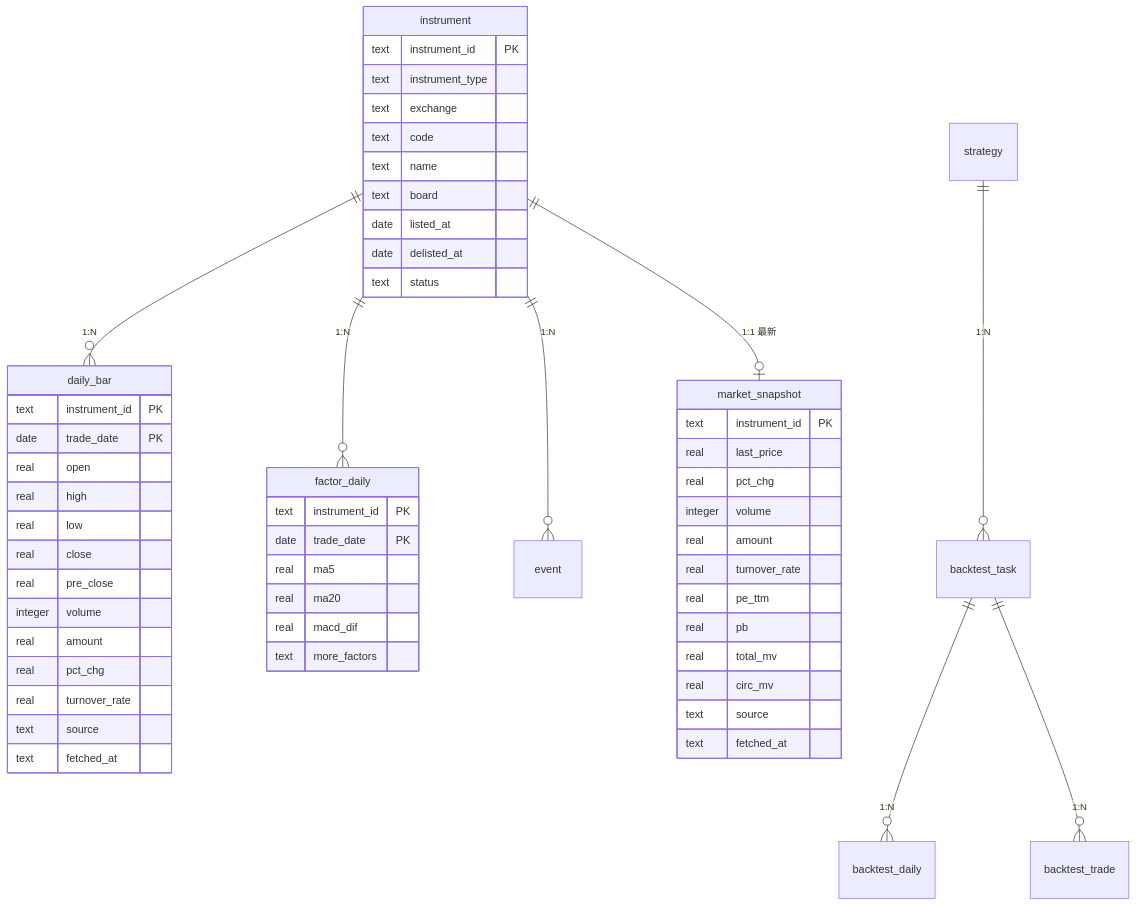
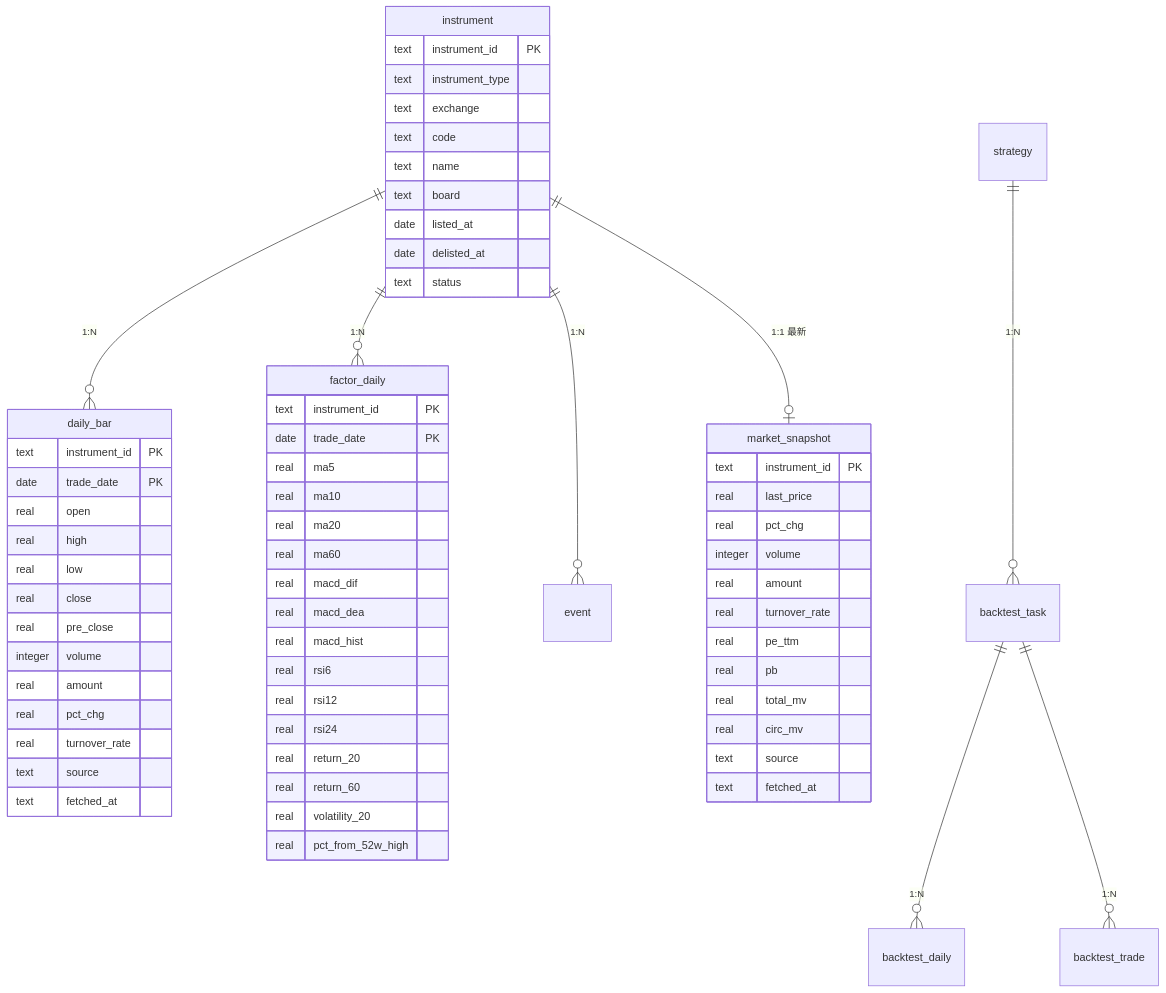
The diagram in docs/DATA_CONTRACT.md (haaasakim/financeAgent-solo), drawn with Mermaid before and after one commit. The commit also changed other lines of this file and 39 other files, not shown here.

````diff
--- a/docs/DATA_CONTRACT.md
+++ b/docs/DATA_CONTRACT.md
@@ -17,59 +17,69 @@
 ```mermaid
 erDiagram
     instrument ||--o{ daily_bar : "1:N"
     instrument ||--o{ factor_daily : "1:N"
     instrument ||--o{ event : "1:N"
     instrument ||--o| market_snapshot : "1:1 最新"
     strategy ||--o{ backtest_task : "1:N"
     backtest_task ||--o{ backtest_daily : "1:N"
     backtest_task ||--o{ backtest_trade : "1:N"
 
     instrument {
         text instrument_id PK
         text instrument_type
         text exchange
         text code
         text name
         text board
         date listed_at
         date delisted_at
         text status
     }
     daily_bar {
         text instrument_id PK
         date trade_date PK
         real open
         real high
         real low
         real close
         real pre_close
         integer volume
         real amount
         real pct_chg
         real turnover_rate
         text source
         text fetched_at
     }
     market_snapshot {
         text instrument_id PK
         real last_price
         real pct_chg
         integer volume
         real amount
         real turnover_rate
         real pe_ttm
         real pb
         real total_mv
         real circ_mv
         text source
         text fetched_at
     }
     factor_daily {
         text instrument_id PK
         date trade_date PK
         real ma5
+        real ma10
         real ma20
+        real ma60
         real macd_dif
-        text more_factors
+        real macd_dea
+        real macd_hist
+        real rsi6
+        real rsi12
+        real rsi24
+        real return_20
+        real return_60
+        real volatility_20
+        real pct_from_52w_high
     }
 ```
````
